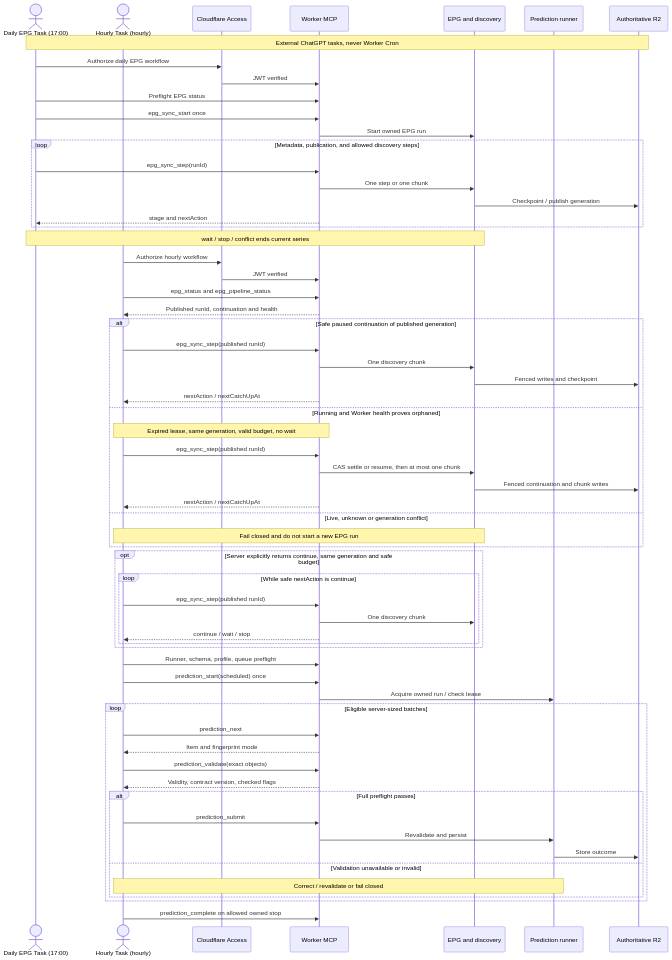
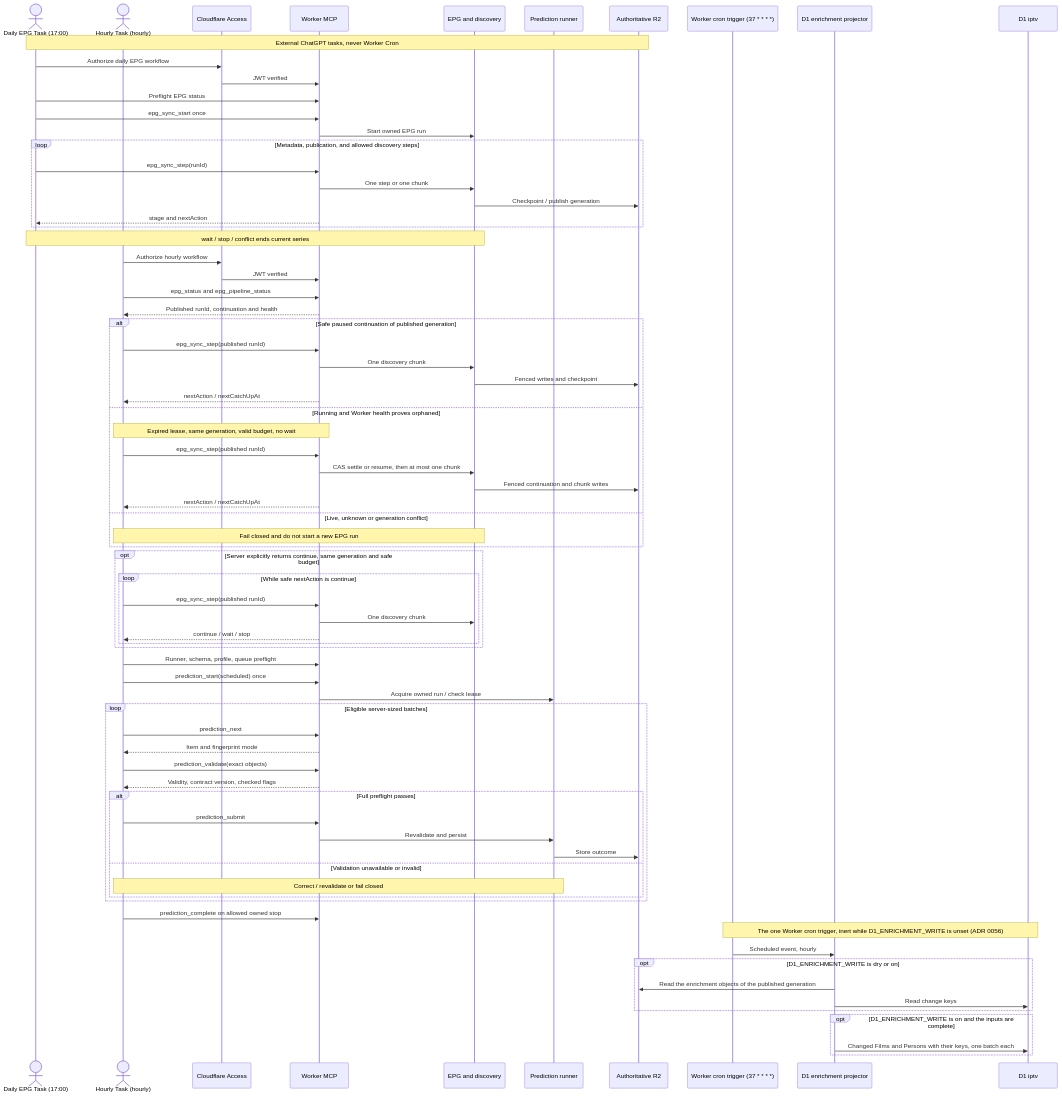
The diagram in docs/architecture/scheduling-and-orchestration.md (vladimino/iptv-watchlist), drawn with Mermaid before and after one commit. The commit also changed other lines of this file and 43 other files, not shown here.

First line of the commit message:
AIR-275 phase 2: R2-authoritative enrichment projector (ADR 0056)

````diff
--- a/docs/architecture/scheduling-and-orchestration.md
+++ b/docs/architecture/scheduling-and-orchestration.md
@@ -5,65 +5,77 @@
 ```mermaid
 sequenceDiagram
     actor Daily as Daily EPG Task (17:00)
     actor Hourly as Hourly Task (hourly)
     participant Access as Cloudflare Access
     participant MCP as Worker MCP
     participant EPG as EPG and discovery
     participant Runner as Prediction runner
     participant R2 as Authoritative R2
+    participant Cron as Worker cron trigger (37 * * * *)
+    participant Projector as D1 enrichment projector
+    participant D1 as D1 iptv
     Note over Daily,R2: External ChatGPT tasks, never Worker Cron
     Daily->>Access: Authorize daily EPG workflow
     Access->>MCP: JWT verified
     Daily->>MCP: Preflight EPG status
     Daily->>MCP: epg_sync_start once
     MCP->>EPG: Start owned EPG run
     loop Metadata, publication, and allowed discovery steps
         Daily->>MCP: epg_sync_step(runId)
         MCP->>EPG: One step or one chunk
         EPG->>R2: Checkpoint / publish generation
         MCP-->>Daily: stage and nextAction
     end
     Note over Daily,EPG: wait / stop / conflict ends current series
     Hourly->>Access: Authorize hourly workflow
     Access->>MCP: JWT verified
     Hourly->>MCP: epg_status and epg_pipeline_status
     MCP-->>Hourly: Published runId, continuation and health
     alt Safe paused continuation of published generation
         Hourly->>MCP: epg_sync_step(published runId)
         MCP->>EPG: One discovery chunk
         EPG->>R2: Fenced writes and checkpoint
         MCP-->>Hourly: nextAction / nextCatchUpAt
     else Running and Worker health proves orphaned
         Note over Hourly,MCP: Expired lease, same generation, valid budget, no wait
         Hourly->>MCP: epg_sync_step(published runId)
         MCP->>EPG: CAS settle or resume, then at most one chunk
         EPG->>R2: Fenced continuation and chunk writes
         MCP-->>Hourly: nextAction / nextCatchUpAt
     else Live, unknown or generation conflict
         Note over Hourly,EPG: Fail closed and do not start a new EPG run
     end
     opt Server explicitly returns continue, same generation and safe budget
         loop While safe nextAction is continue
             Hourly->>MCP: epg_sync_step(published runId)
             MCP->>EPG: One discovery chunk
             MCP-->>Hourly: continue / wait / stop
         end
     end
     Hourly->>MCP: Runner, schema, profile, queue preflight
     Hourly->>MCP: prediction_start(scheduled) once
     MCP->>Runner: Acquire owned run / check lease
     loop Eligible server-sized batches
         Hourly->>MCP: prediction_next
         MCP-->>Hourly: Item and fingerprint mode
         Hourly->>MCP: prediction_validate(exact objects)
         MCP-->>Hourly: Validity, contract version, checked flags
         alt Full preflight passes
             Hourly->>MCP: prediction_submit
             MCP->>Runner: Revalidate and persist
             Runner->>R2: Store outcome
         else Validation unavailable or invalid
             Note over Hourly,Runner: Correct / revalidate or fail closed
         end
     end
     Hourly->>MCP: prediction_complete on allowed owned stop
+    Note over Cron,D1: The one Worker cron trigger, inert while D1_ENRICHMENT_WRITE is unset (ADR 0056)
+    Cron->>Projector: Scheduled event, hourly
+    opt D1_ENRICHMENT_WRITE is dry or on
+        Projector->>R2: Read the enrichment objects of the published generation
+        Projector->>D1: Read change keys
+    end
+    opt D1_ENRICHMENT_WRITE is on and the inputs are complete
+        Projector->>D1: Changed Films and Persons with their keys, one batch each
+    end
 ```
````
